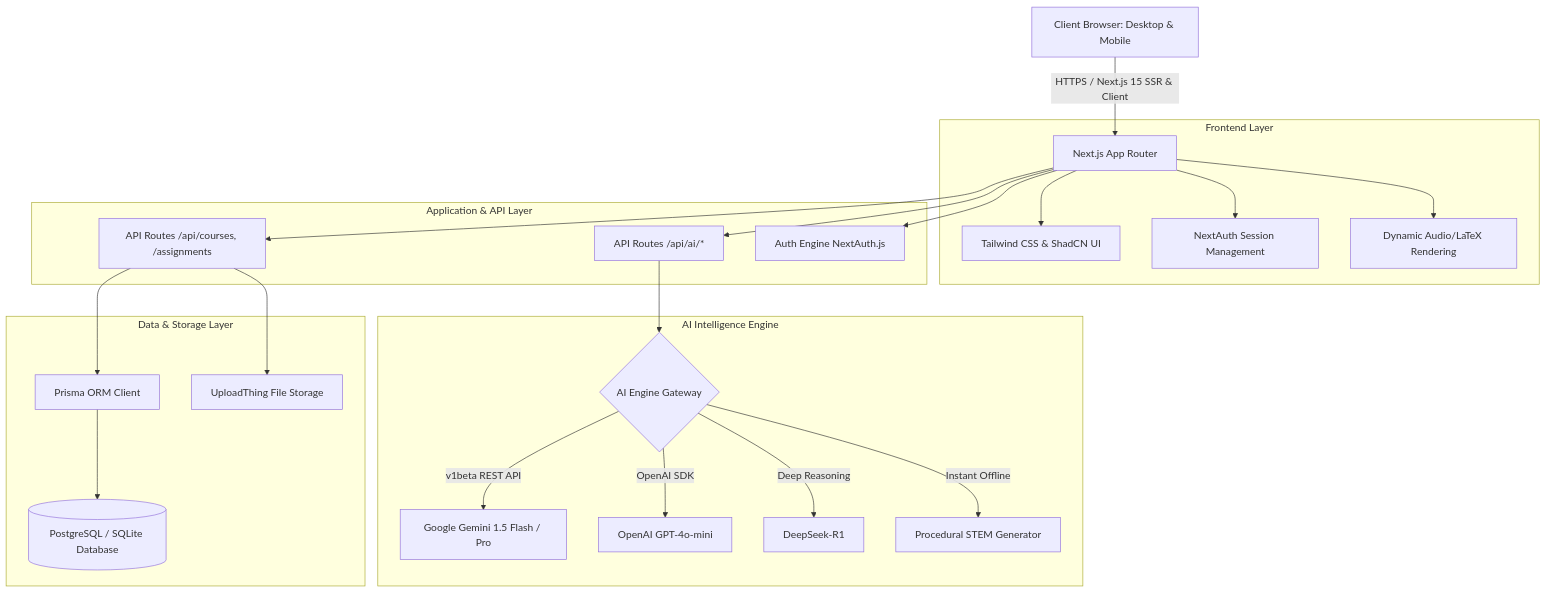
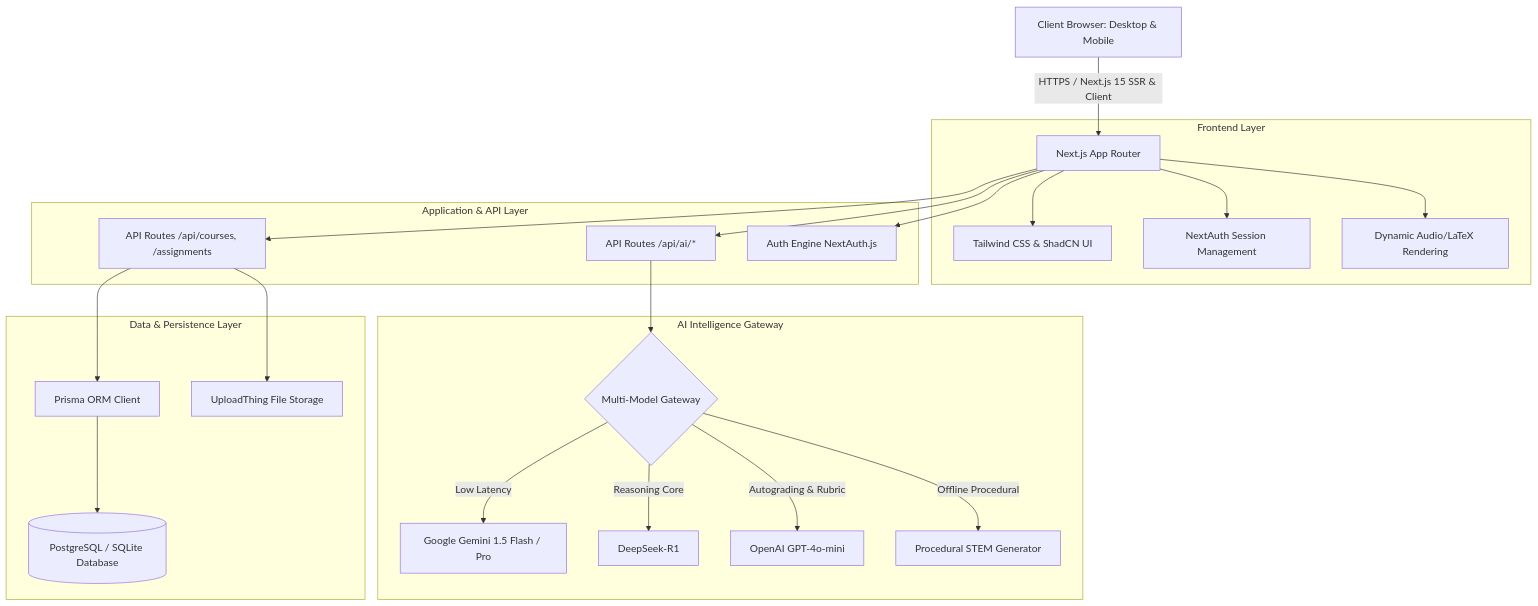
Before and after one commit to mhusman123/FYP-: the diagram in README.md, drawn with Mermaid. The commit also changed other lines of this file and 21 other files, not shown here.

````diff
--- a/README.md
+++ b/README.md
@@ -270,30 +169,30 @@
 ```mermaid
 graph TD
     A[Client Browser: Desktop & Mobile] -->|HTTPS / Next.js 15 SSR & Client| B[Next.js App Router]
     
     subgraph Frontend Layer
         B --> C[Tailwind CSS & ShadCN UI]
         B --> D[NextAuth Session Management]
         B --> E[Dynamic Audio/LaTeX Rendering]
     end
 
     subgraph Application & API Layer
         B --> F[API Routes /api/ai/*]
         B --> G[API Routes /api/courses, /assignments]
         B --> H[Auth Engine NextAuth.js]
     end
 
-    subgraph AI Intelligence Engine
-        F --> I{AI Engine Gateway}
-        I -->|v1beta REST API| J[Google Gemini 1.5 Flash / Pro]
-        I -->|OpenAI SDK| K[OpenAI GPT-4o-mini]
-        I -->|Deep Reasoning| L[DeepSeek-R1]
-        I -->|Instant Offline| M[Procedural STEM Generator]
+    subgraph AI Intelligence Gateway
+        F --> I{Multi-Model Gateway}
+        I -->|Low Latency| J[Google Gemini 1.5 Flash / Pro]
+        I -->|Reasoning Core| K[DeepSeek-R1]
+        I -->|Autograding & Rubric| L[OpenAI GPT-4o-mini]
+        I -->|Offline Procedural| M[Procedural STEM Generator]
     end
 
-    subgraph Data & Storage Layer
+    subgraph Data & Persistence Layer
         G --> N[Prisma ORM Client]
         N --> O[(PostgreSQL / SQLite Database)]
         G --> P[UploadThing File Storage]
     end
 ```
````
